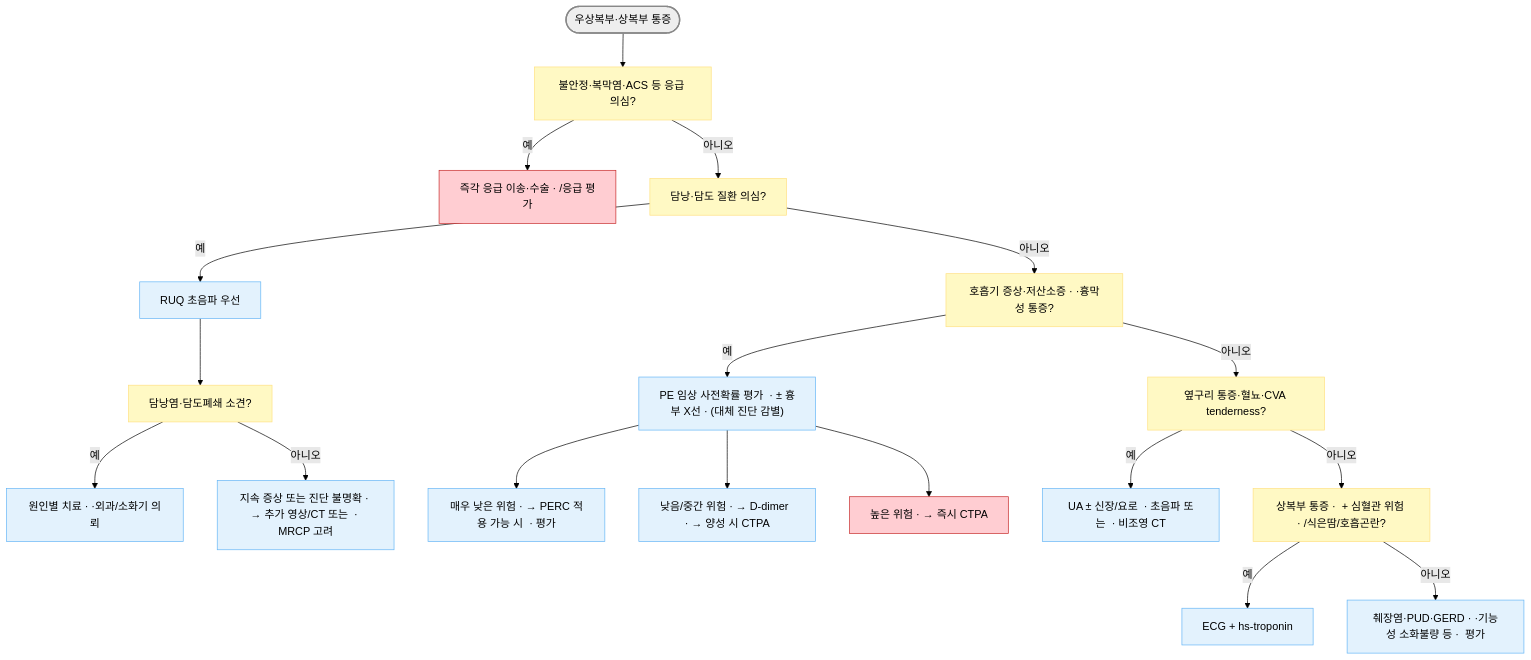
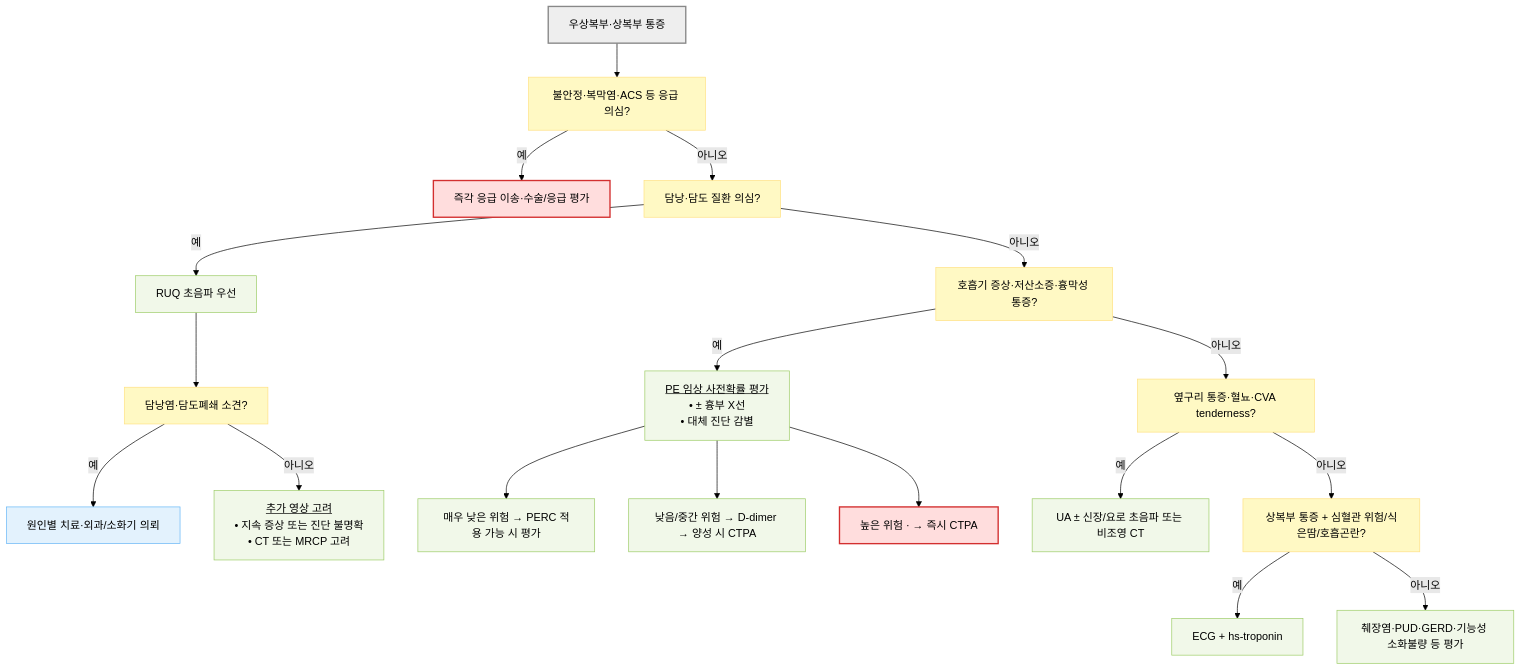
Before and after one commit to familyoh77/familyoh77: the first of 3 diagrams in 220_/003_-abdominal-pain.md, drawn with Mermaid (forest theme). The commit also changed other lines of this file and 13 other files, not shown here.

````diff
--- a/220_/003_-abdominal-pain.md
+++ b/220_/003_-abdominal-pain.md
@@ -190,28 +190,31 @@
 ```mermaid
 flowchart TD
-    A([우상복부·상복부 통증]) --> B["불안정·복막염·ACS 등 응급 의심?"]
-    B -- "예" --> C["즉각 응급 이송·수술 · /응급 평가"]
+    A["우상복부·상복부 통증"] --> B["불안정·복막염·ACS 등 응급 의심?"]
+    B -- "예" --> C["즉각 응급 이송·수술/응급 평가"]
     B -- "아니오" --> D["담낭·담도 질환 의심?"]
     D -- "예" --> E["RUQ 초음파 우선"]
     E --> F["담낭염·담도폐쇄 소견?"]
-    F -- "예" --> G["원인별 치료 · ·외과/소화기 의뢰"]
-    F -- "아니오" --> H["`지속 증상 또는 진단 불명확 · → 추가 영상/CT 또는  · MRCP 고려`"]
-    D -- "아니오" --> I["호흡기 증상·저산소증 · ·흉막성 통증?"]
-    I -- "예" --> J["`PE 임상 사전확률 평가  · ± 흉부 X선 · (대체 진단 감별)`"]
-    J --> K["`매우 낮은 위험 · → PERC 적용 가능 시  · 평가`"]
-    J --> L["`낮음/중간 위험 · → D-dimer  · → 양성 시 CTPA`"]
+    F -- "예" --> G["원인별 치료·외과/소화기 의뢰"]
+    F -- "아니오" --> H["<u>추가 영상 고려</u><br/>• 지속 증상 또는 진단 불명확<br/>• CT 또는 MRCP 고려"]
+    D -- "아니오" --> I["호흡기 증상·저산소증·흉막성 통증?"]
+    I -- "예" --> J["<u>PE 임상 사전확률 평가</u><br/>• ± 흉부 X선<br/>• 대체 진단 감별"]
+    J --> K["매우 낮은 위험 → PERC 적용 가능 시 평가"]
+    J --> L["낮음/중간 위험 → D-dimer → 양성 시 CTPA"]
     J --> R["높은 위험 · → 즉시 CTPA"]
     I -- "아니오" --> M["옆구리 통증·혈뇨·CVA tenderness?"]
-    M -- "예" --> N["UA ± 신장/요로  · 초음파 또는  · 비조영 CT"]
-    M -- "아니오" --> O["`상복부 통증 ·  + 심혈관 위험 · /식은땀/호흡곤란?`"]
+    M -- "예" --> N["UA ± 신장/요로 초음파 또는 비조영 CT"]
+    M -- "아니오" --> O["상복부 통증 + 심혈관 위험/식은땀/호흡곤란?"]
     O -- "예" --> P["ECG + hs-troponin"]
-    O -- "아니오" --> Q["`췌장염·PUD·GERD · ·기능성 소화불량 등 ·  평가`"]
-    classDef red fill:#ffcdd2,stroke:#c62828
-    class C red
-    classDef yellow fill:#fff9c4,stroke:#ffe082
-    class B,D,F,I,M,O yellow
+    O -- "아니오" --> Q["췌장염·PUD·GERD·기능성 소화불량 등 평가"]
+
+    classDef start fill:#eeeeee,stroke:#888888,stroke-width:2px
+    classDef question fill:#fff9c4,stroke:#ffe082
+    classDef emergency fill:#ffdddd,stroke:#d32f2f,stroke-width:2px
+    classDef evaluation fill:#f1f8e9,stroke:#9ccc65
     classDef treatment fill:#e3f2fd,stroke:#64b5f6
-    class E,G,H,J,K,L,N,P,Q treatment
-    class R red
-    style A fill:#eeeeee,stroke:#888888,stroke-width:2px
+    class A start
+    class B,D,F,I,M,O question
+    class C,R emergency
+    class E,H,J,K,L,N,P,Q evaluation
+    class G treatment
 ```
````
